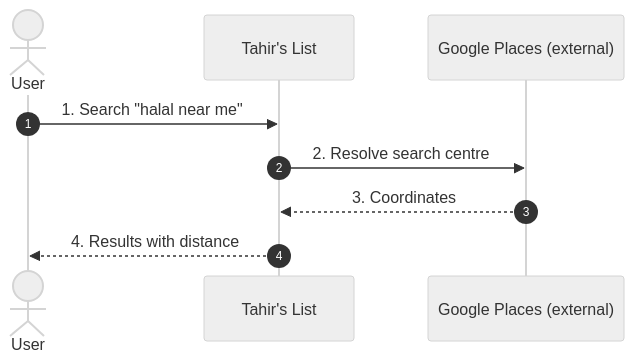
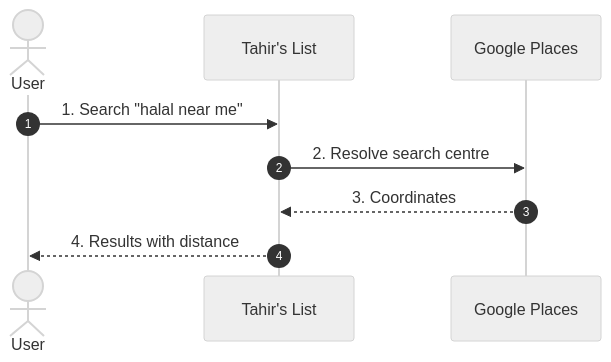
One commit to Losers-Lab/tahirs-list changed the fifth of 11 diagrams in docs/process/feature-workflow.md. Above: the diagram before and after it, drawn with Mermaid (neutral theme). The commit also changed other lines of this file and 1 other file, not shown here.

Commit message:
docs: Make feature workflow diagram-first

````diff
--- a/docs/process/feature-workflow.md
+++ b/docs/process/feature-workflow.md
@@ -760,11 +186,11 @@
 ```mermaid
 sequenceDiagram
   autonumber
   actor U as User
   participant S as Tahir's List
-  participant G as Google Places (external)
+  participant G as Google Places
   U->>S: 1. Search "halal near me"
   S->>G: 2. Resolve search centre
   G-->>S: 3. Coordinates
   S-->>U: 4. Results with distance
 ```
````
